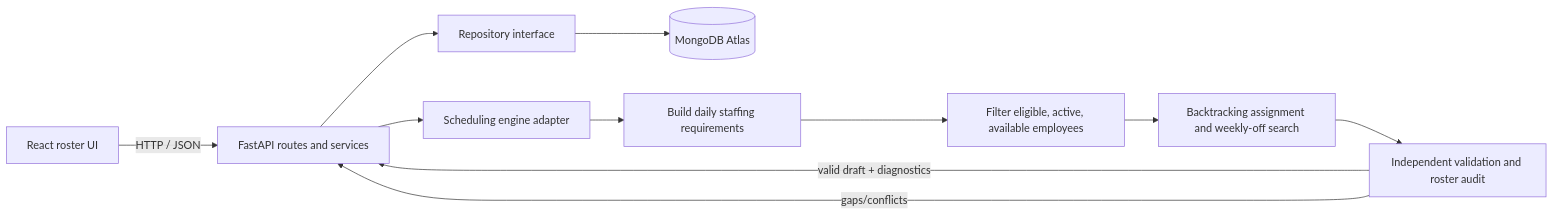
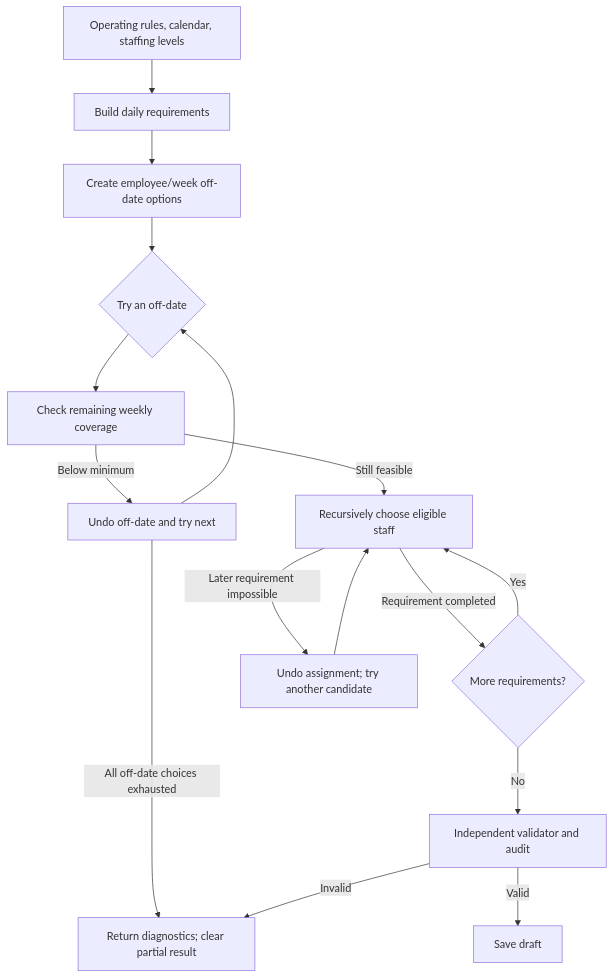
The diagram in README.md (Anas-Nevrekar/Smart_Roster_Management_System), drawn with Mermaid before and after one commit. The commit also changed other lines of this file, not shown here.

Commit message:
Document backend API and scheduling algorithm

````diff
--- a/README.md
+++ b/README.md
@@ -23,13 +42,18 @@
 ```mermaid
-flowchart LR
-  UI[React roster UI] -->|HTTP / JSON| API[FastAPI routes and services]
-  API --> REPO[Repository interface]
-  REPO --> DB[(MongoDB Atlas)]
-  API --> ADAPTER[Scheduling engine adapter]
-  ADAPTER --> PREP[Build daily staffing requirements]
-  PREP --> CAND[Filter eligible, active, available employees]
-  CAND --> SEARCH[Backtracking assignment and weekly-off search]
-  SEARCH --> CHECK[Independent validation and roster audit]
-  CHECK -->|valid draft + diagnostics| API
-  CHECK -->|gaps/conflicts| API
+flowchart TD
+  R[Operating rules, calendar, staffing levels] --> D[Build daily requirements]
+  D --> W[Create employee/week off-date options]
+  W --> O{Try an off-date}
+  O --> C[Check remaining weekly coverage]
+  C -->|Below minimum| U1[Undo off-date and try next]
+  U1 --> O
+  C -->|Still feasible| A[Recursively choose eligible staff]
+  A -->|Requirement completed| N{More requirements?}
+  N -->|Yes| A
+  N -->|No| V[Independent validator and audit]
+  A -->|Later requirement impossible| U2[Undo assignment; try another candidate]
+  U2 --> A
+  U1 -->|All off-date choices exhausted| F[Return diagnostics; clear partial result]
+  V -->|Valid| S[Save draft]
+  V -->|Invalid| F
 ```
````
